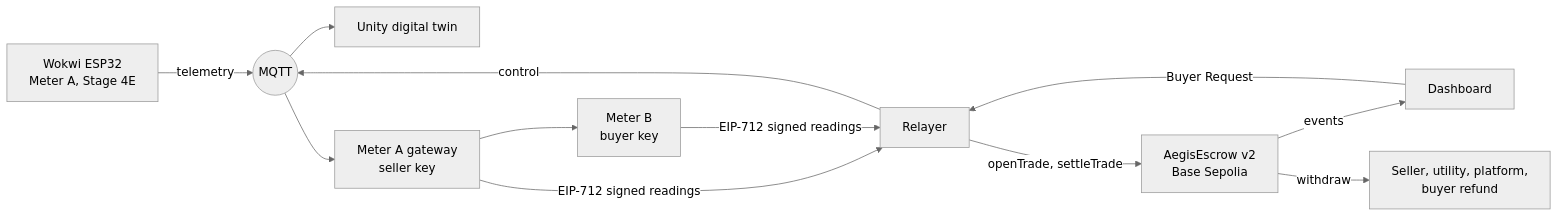
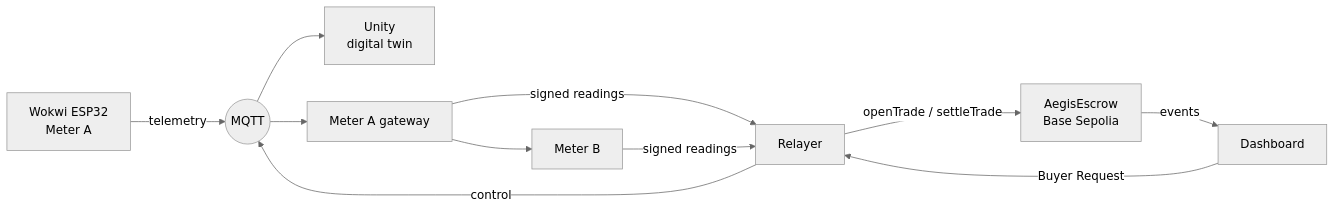
Before and after one commit to la-prmtsr/aegis-grid-africa: the diagram in README.md, drawn with Mermaid (neutral theme). The commit also changed other lines of this file, not shown here.

````diff
--- a/README.md
+++ b/README.md
@@ -49,13 +39,12 @@
 ```mermaid
 flowchart LR
-  W[Wokwi ESP32<br/>Meter A, Stage 4E] -- telemetry --> M((MQTT))
-  M --> U[Unity digital twin]
-  M --> GA[Meter A gateway<br/>seller key]
-  GA --> GB[Meter B<br/>buyer key]
-  GA & GB -- EIP-712 signed readings --> R[Relayer]
+  W[Wokwi ESP32<br/>Meter A] -- telemetry --> M((MQTT))
+  M --> U[Unity<br/>digital twin]
+  M --> GA[Meter A gateway]
+  GA --> GB[Meter B]
+  GA & GB -- signed readings --> R[Relayer]
   D[Dashboard] -- Buyer Request --> R
   R -- control --> M
-  R -- openTrade, settleTrade --> C[AegisEscrow v2<br/>Base Sepolia]
+  R -- openTrade / settleTrade --> C[AegisEscrow<br/>Base Sepolia]
   C -- events --> D
-  C -- withdraw --> P[Seller, utility, platform,<br/>buyer refund]
 ```
````
